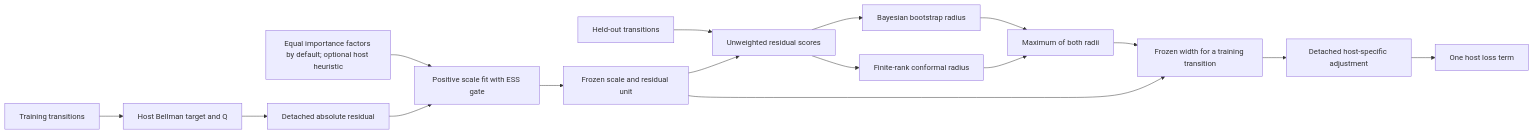
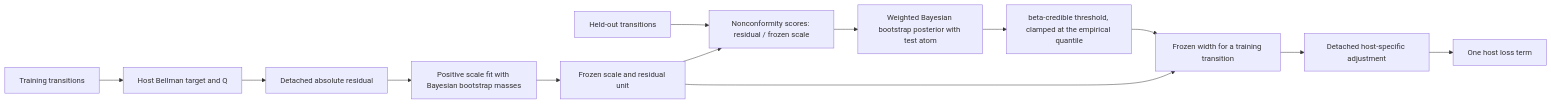
One commit to dbayha7/BCA changed the diagram in ALGORITHMS.md. Above: the diagram before and after it, drawn with Mermaid. The commit also changed other lines of this file and 44 other files, not shown here.

````diff
--- a/ALGORITHMS.md
+++ b/ALGORITHMS.md
@@ -59,18 +61,15 @@
 ```mermaid
 flowchart LR
     T[Training transitions] --> H[Host Bellman target and Q]
     H --> E[Detached absolute residual]
-    W[Equal importance factors by default; optional host heuristic] --> S[Positive scale fit with ESS gate]
-    E --> S
+    E --> S[Positive scale fit with Bayesian bootstrap masses]
     S --> F[Frozen scale and residual unit]
-    C[Held-out transitions] --> R[Unweighted residual scores]
+    C[Held-out transitions] --> R[Nonconformity scores: residual / frozen scale]
     F --> R
-    R --> B[Bayesian bootstrap radius]
-    R --> K[Finite-rank conformal radius]
-    B --> M[Maximum of both radii]
-    K --> M
-    M --> U[Frozen width for a training transition]
+    R --> P[Weighted Bayesian bootstrap posterior with test atom]
+    P --> K[beta-credible threshold, clamped at the empirical quantile]
+    K --> U[Frozen width for a training transition]
     F --> U
     U --> D[Detached host-specific adjustment]
     D --> L[One host loss term]
 ```
````
